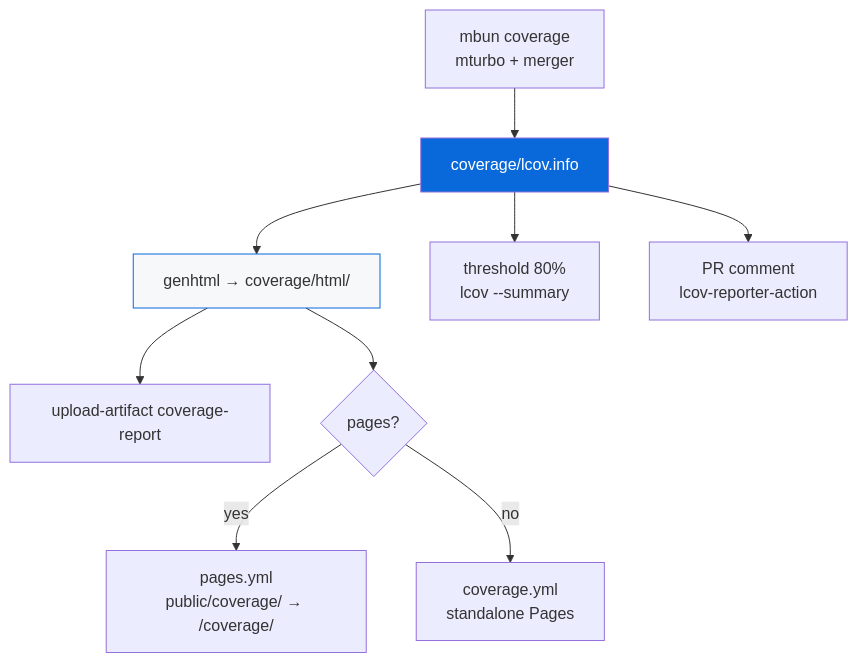
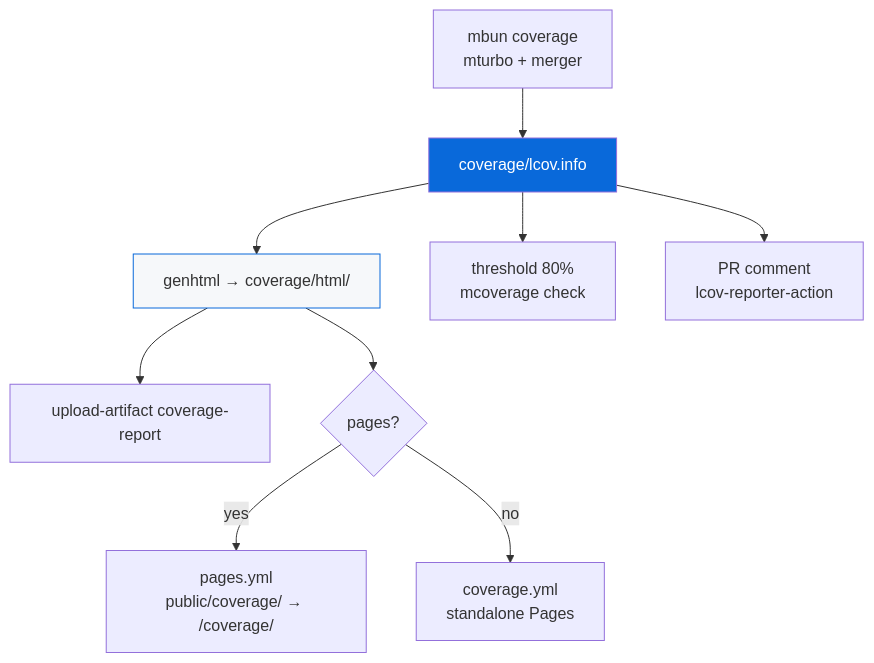
Before and after one commit to Archont561/ts-monorepo-template: the diagram in configs/coverage/AGENT.md, drawn with Mermaid. The commit also changed other lines of this file and 15 other files, not shown here.

````diff
--- a/configs/coverage/AGENT.md
+++ b/configs/coverage/AGENT.md
@@ -17,14 +17,14 @@
 ```mermaid
 graph TD
     A["mbun coverage<br/>mturbo + merger"] --> B["coverage/lcov.info"]
     B --> C["genhtml → coverage/html/"]
     C --> D["upload-artifact coverage-report"]
     C --> E{pages?}
     E -->|yes| F["pages.yml<br/>public/coverage/ → /coverage/"]
     E -->|no| G["coverage.yml<br/>standalone Pages"]
-    B --> H["threshold 80%<br/>lcov --summary"]
+    B --> H["threshold 80%<br/>mcoverage check"]
     B --> I["PR comment<br/>lcov-reporter-action"]
 
     style B fill:#0969DA,color:#fff
     style C fill:#f6f8fa,stroke:#0969DA
 ```
````
